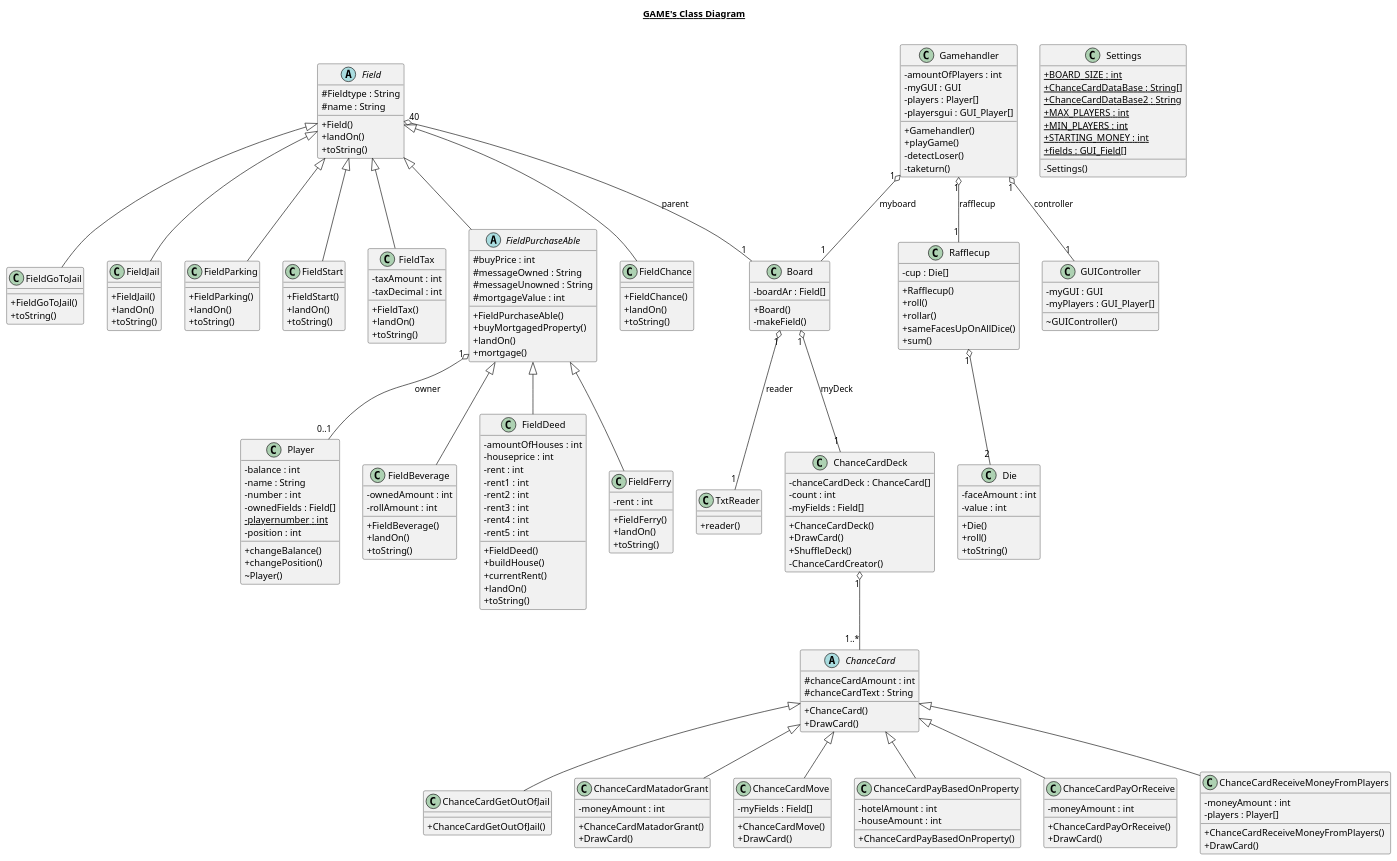
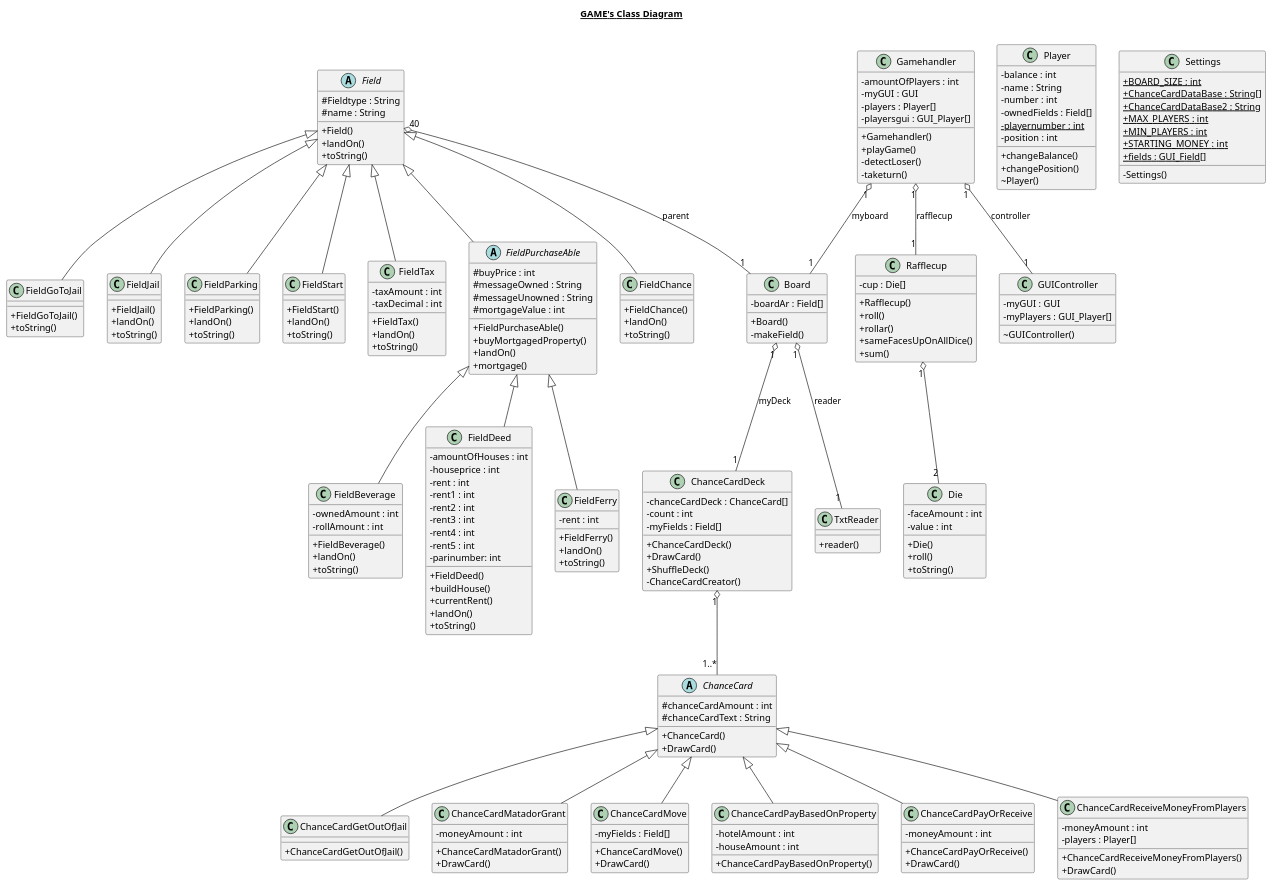
Before and after one commit to christianhyltoft/GAMEassignment: the diagram in UML/DesignClassDiagram.plantuml, drawn with PlantUML. The commit also changed 1 other file, not shown here.

```diff
--- a/UML/DesignClassDiagram.plantuml
+++ b/UML/DesignClassDiagram.plantuml
@@ -126,6 +126,8 @@
         - rent3 : int
         - rent4 : int
         - rent5 : int
+        -parinumber: int
+
         + FieldDeed()
         + buildHouse()
         + currentRent()
@@ -276,7 +278,6 @@
   FieldJail -up-|> Field
   FieldParking -up-|> Field
   FieldPurchaseAble -up-|> Field
-  FieldPurchaseAble"1" o-- "0..1"Player : owner
   FieldStart -up-|> Field
   FieldTax -up-|> Field
   ChanceCardDeck"1" o-- "1..*"ChanceCard
```
